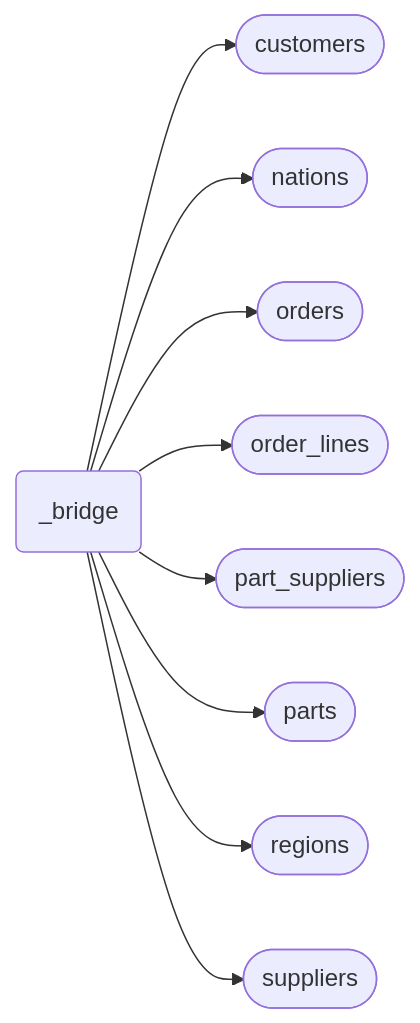
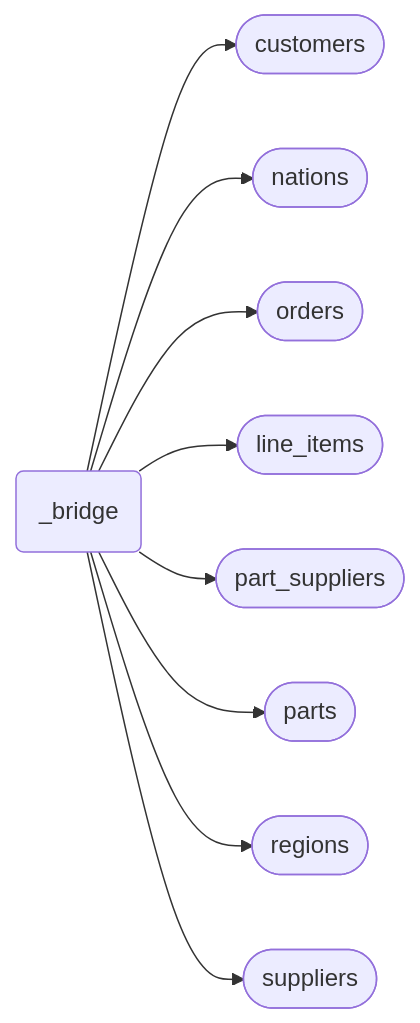
Before and after one commit to mattiasthalen/tpch: the fourth of 4 diagrams in README.md, drawn with Mermaid. The commit also changed other lines of this file and 25 other files, not shown here.

````diff
--- a/README.md
+++ b/README.md
@@ -199,21 +199,21 @@
 ```mermaid
 flowchart LR
     _bridge("_bridge")
     customers(["customers"])
     nations(["nations"])
     orders(["orders"])
-    order_lines(["order_lines"])
+    line_items(["line_items"])
     part_suppliers(["part_suppliers"])
     parts(["parts"])
     regions(["regions"])
     suppliers(["suppliers"])
     
     _bridge --> customers
     _bridge --> nations
     _bridge --> orders
-    _bridge --> order_lines
+    _bridge --> line_items
     _bridge --> part_suppliers
     _bridge --> parts
     _bridge --> regions
     _bridge --> suppliers
 ```
````
